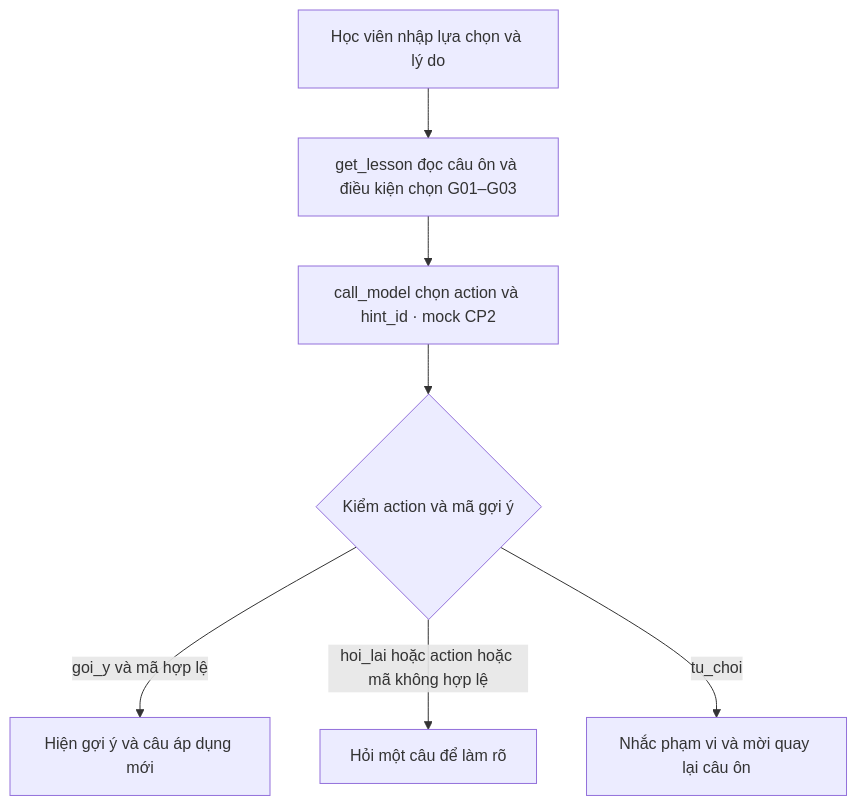
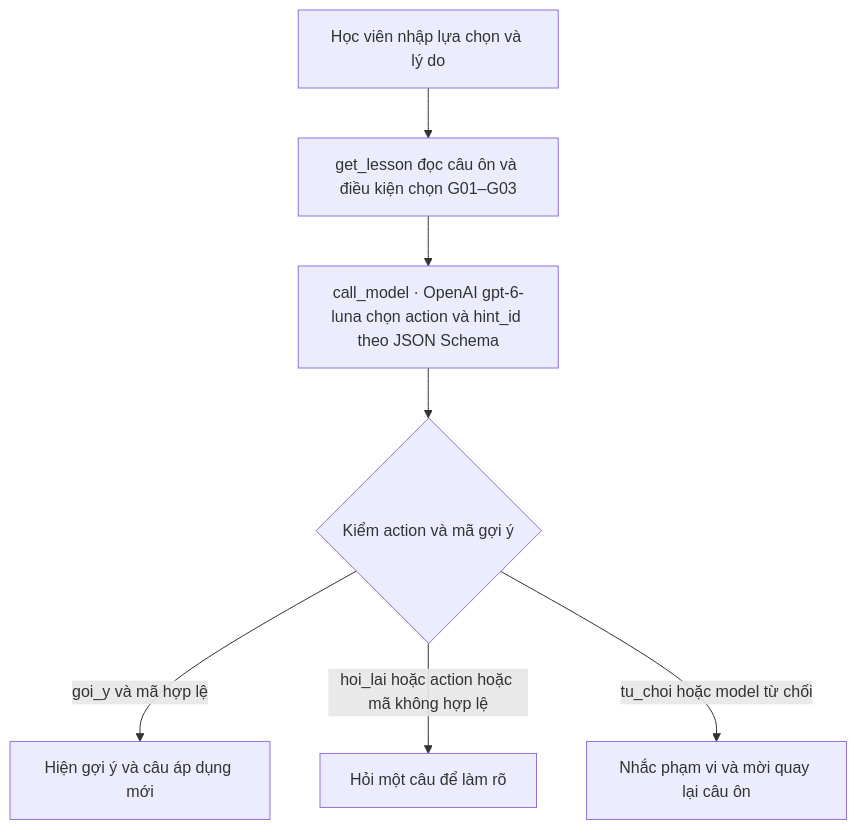
One commit to KN-16/K5-Day15-L3B-Phoenix_2 changed the diagram in spec.md. Above: the diagram before and after it, drawn with Mermaid. The commit also changed other lines of this file and 10 other files, not shown here.

````diff
--- a/spec.md
+++ b/spec.md
@@ -40,9 +42,9 @@
   ```mermaid
   flowchart TD
       A["Học viên nhập lựa chọn và lý do"] --> B["get_lesson đọc câu ôn và điều kiện chọn G01–G03"]
-      B --> C["call_model chọn action và hint_id · mock CP2"]
+      B --> C["call_model · OpenAI gpt-6-luna chọn action và hint_id theo JSON Schema"]
       C --> D{"Kiểm action và mã gợi ý"}
       D -->|"goi_y và mã hợp lệ"| E["Hiện gợi ý và câu áp dụng mới"]
       D -->|"hoi_lai hoặc action hoặc mã không hợp lệ"| F["Hỏi một câu để làm rõ"]
-      D -->|"tu_choi"| G["Nhắc phạm vi và mời quay lại câu ôn"]
+      D -->|"tu_choi hoặc model từ chối"| G["Nhắc phạm vi và mời quay lại câu ôn"]
   ```
````
